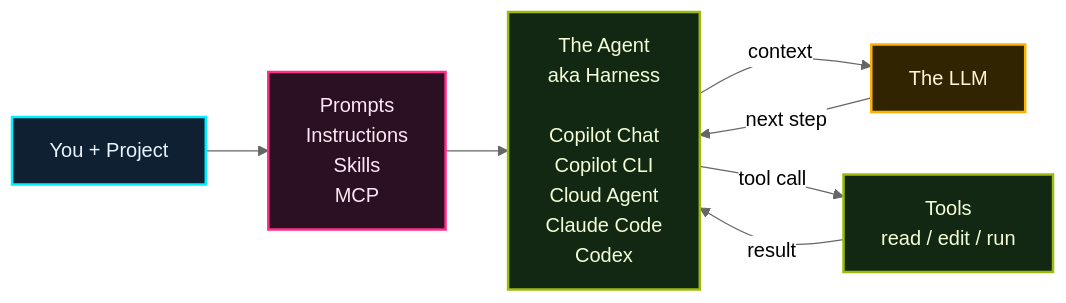
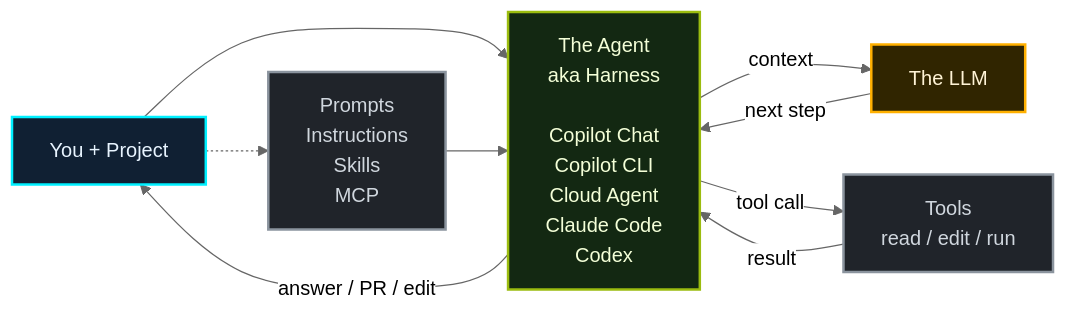
Before and after one commit to theomonfort/theomonfort: the second of 2 diagrams in src/content/glossary/agent.md, drawn with Mermaid (neutral theme).

Commit message:
Refine Agent current flow

````diff
--- a/src/content/glossary/agent.md
+++ b/src/content/glossary/agent.md
@@ -33,18 +33,20 @@
 ```mermaid
 flowchart LR
-  Project[You + Project] --> Inputs[Prompts<br/>Instructions<br/>Skills<br/>MCP]
+  Project[You + Project] --> Agent[The Agent<br/>aka Harness<br/><br/>Copilot Chat<br/>Copilot CLI<br/>Cloud Agent<br/>Claude Code<br/>Codex]
+  Agent -->|answer / PR / edit| Project
+  Project -.-> Inputs[Prompts<br/>Instructions<br/>Skills<br/>MCP]
   Inputs --> Agent[The Agent<br/>aka Harness<br/><br/>Copilot Chat<br/>Copilot CLI<br/>Cloud Agent<br/>Claude Code<br/>Codex]
   Agent -->|context| LLM[The LLM]
   LLM -->|next step| Agent
   Agent -->|tool call| Tools[Tools<br/>read / edit / run]
   Tools -->|result| Agent
 
   classDef human fill:#102033,stroke:#00f0ff,color:#e8f4ff,stroke-width:2px;
   classDef llm fill:#302500,stroke:#ffb000,color:#fff4d6,stroke-width:2px;
   classDef agent fill:#132812,stroke:#9bbc0f,color:#f4ffd8,stroke-width:2px;
-  classDef context fill:#2a1020,stroke:#ff2e88,color:#ffe8f4,stroke-width:2px;
+  classDef context fill:#20242a,stroke:#8b949e,color:#d0d7de,stroke-width:2px;
   class Project human;
   class LLM llm;
-  class Agent,Tools agent;
-  class Inputs context;
+  class Agent agent;
+  class Inputs,Tools context;
 ```
````
